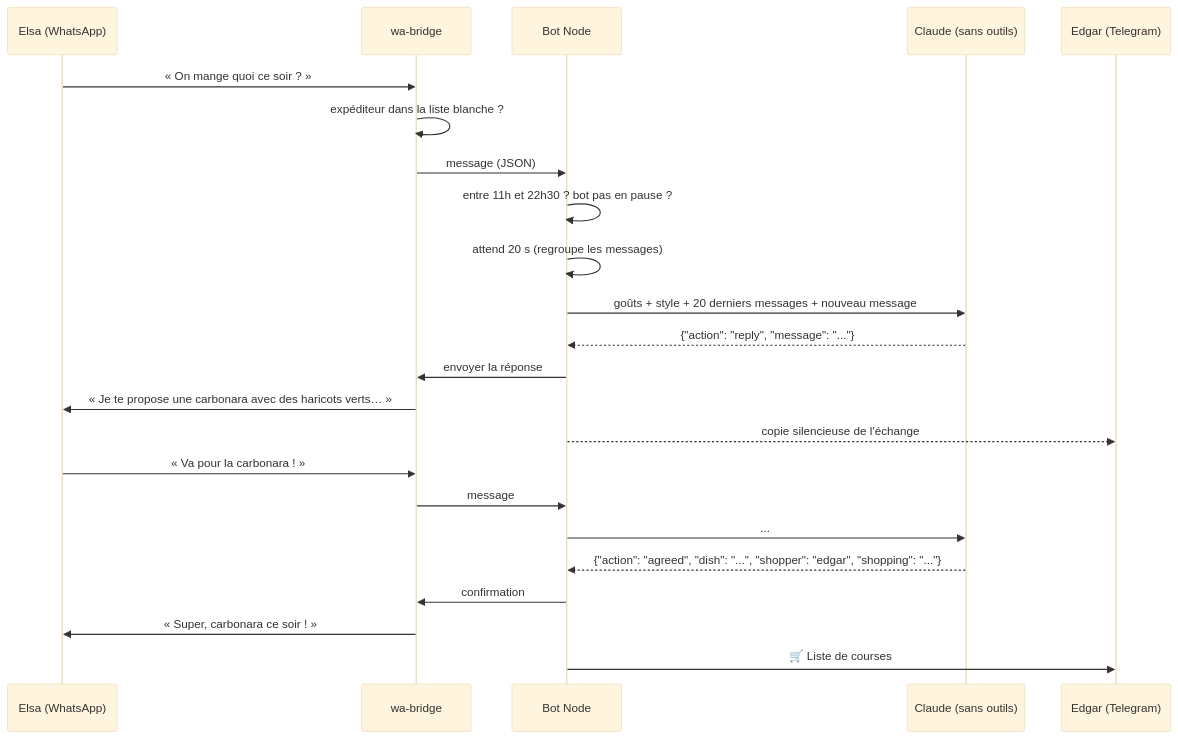
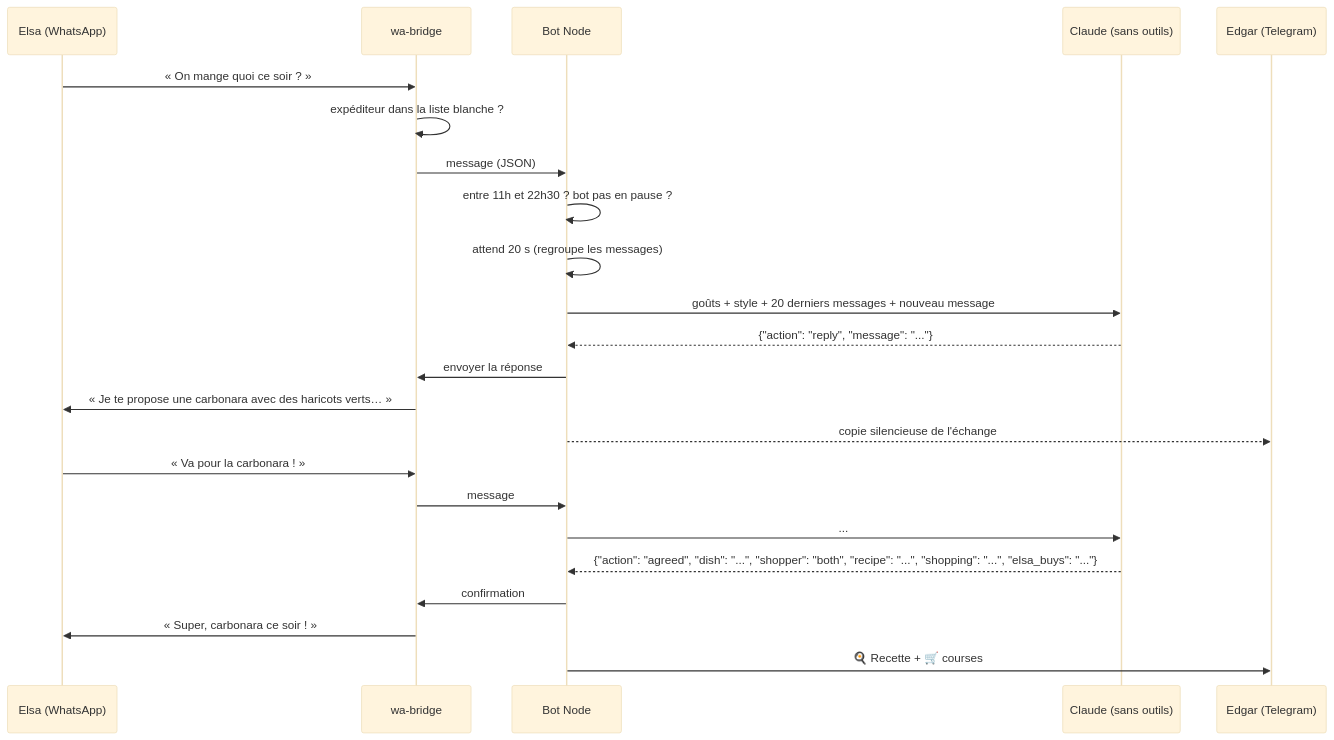
The second of 2 diagrams in README.md (EdgarPrimeo/bot-menu), drawn with Mermaid (base theme) before and after one commit. The commit also changed other lines of this file and 6 other files, not shown here.

````diff
--- a/README.md
+++ b/README.md
@@ -41,26 +43,26 @@
 ```mermaid
 sequenceDiagram
     participant E as Elsa (WhatsApp)
     participant W as wa-bridge
     participant B as Bot Node
     participant C as Claude (sans outils)
     participant T as Edgar (Telegram)
 
     E->>W: « On mange quoi ce soir ? »
     W->>W: expéditeur dans la liste blanche ?
     W->>B: message (JSON)
     B->>B: entre 11h et 22h30 ? bot pas en pause ?
     B->>B: attend 20 s (regroupe les messages)
     B->>C: goûts + style + 20 derniers messages + nouveau message
     C-->>B: {"action": "reply", "message": "..."}
     B->>W: envoyer la réponse
     W->>E: « Je te propose une carbonara avec des haricots verts… »
     B-->>T: copie silencieuse de l'échange
     E->>W: « Va pour la carbonara ! »
     W->>B: message
     B->>C: ...
-    C-->>B: {"action": "agreed", "dish": "...", "shopper": "edgar", "shopping": "..."}
+    C-->>B: {"action": "agreed", "dish": "...", "shopper": "both", "recipe": "...", "shopping": "...", "elsa_buys": "..."}
     B->>W: confirmation
     W->>E: « Super, carbonara ce soir ! »
-    B->>T: 🛒 Liste de courses
+    B->>T: 🍳 Recette + 🛒 courses
 ```
````
